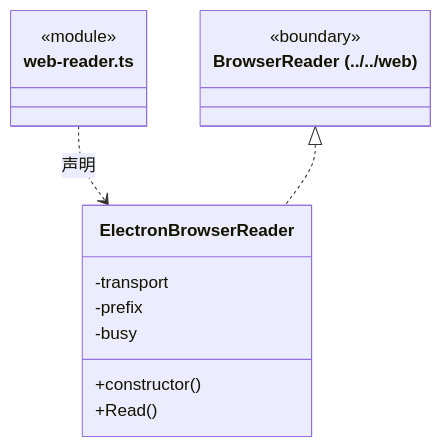
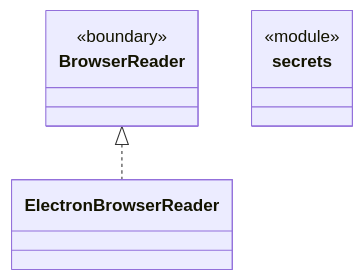
The diagram in src/core/platform/electron/ARCHITECTURE.md (nan023062/cbim), drawn with Mermaid before and after one commit. The commit also changed other lines of this file and 158 other files, not shown here.

Commit message:
docs: model architecture through nested virtual encapsulations

````diff
--- a/src/core/platform/electron/ARCHITECTURE.md
+++ b/src/core/platform/electron/ARCHITECTURE.md
@@ -68,18 +20,14 @@
 ```mermaid
 classDiagram
-class N_src_core_platform_electron_web_reader_ts["web-reader.ts"] {
+class N_e77c84371fe8["BrowserReader"] {
+  <<boundary>>
+}
+click N_e77c84371fe8 href "../../web/browser-reader.ts"
+class N_1ce15254a24f["ElectronBrowserReader"]
+click N_1ce15254a24f href "web-reader.ts"
+class N_601c71d0c026["secrets"] {
   <<module>>
 }
-class N_src_core_platform_electron_web_reader_ts_ElectronBrowserReader["ElectronBrowserReader"] {
-  +constructor()
-  +Read()
-  -transport
-  -prefix
-  -busy
-}
-N_src_core_platform_electron_web_reader_ts ..> N_src_core_platform_electron_web_reader_ts_ElectronBrowserReader : 声明
-class N_src_core_platform_electron_web_reader_ts_external_BrowserReader["BrowserReader (../../web)"] {
-  <<boundary>>
-}
-N_src_core_platform_electron_web_reader_ts_external_BrowserReader <|.. N_src_core_platform_electron_web_reader_ts_ElectronBrowserReader
+click N_601c71d0c026 href "secrets.ts"
+N_e77c84371fe8 <|.. N_1ce15254a24f
 ```
````
